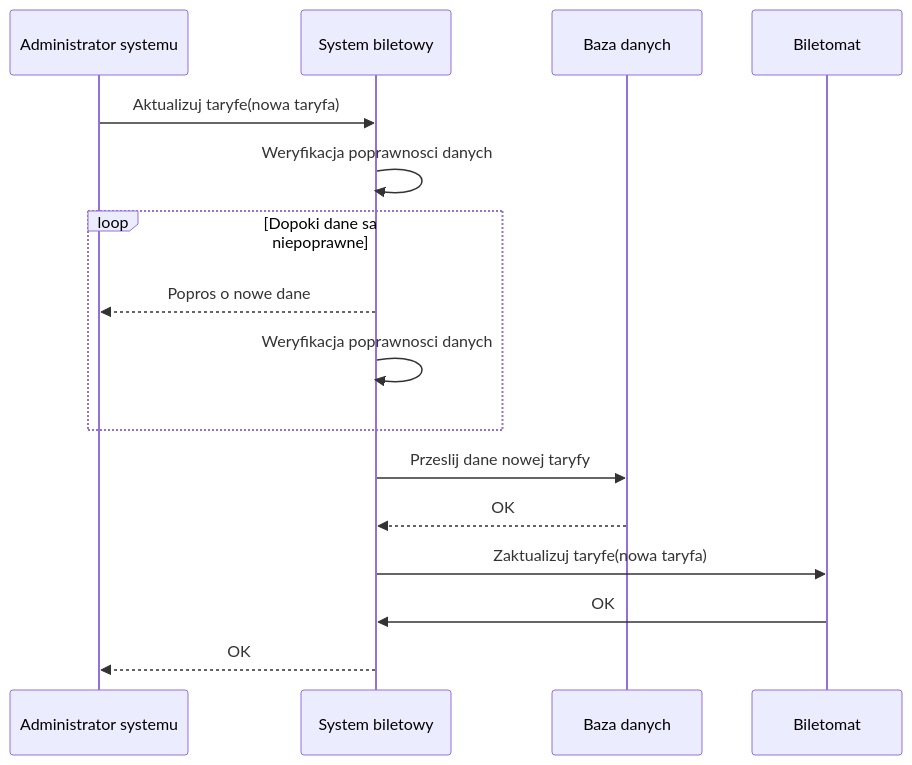
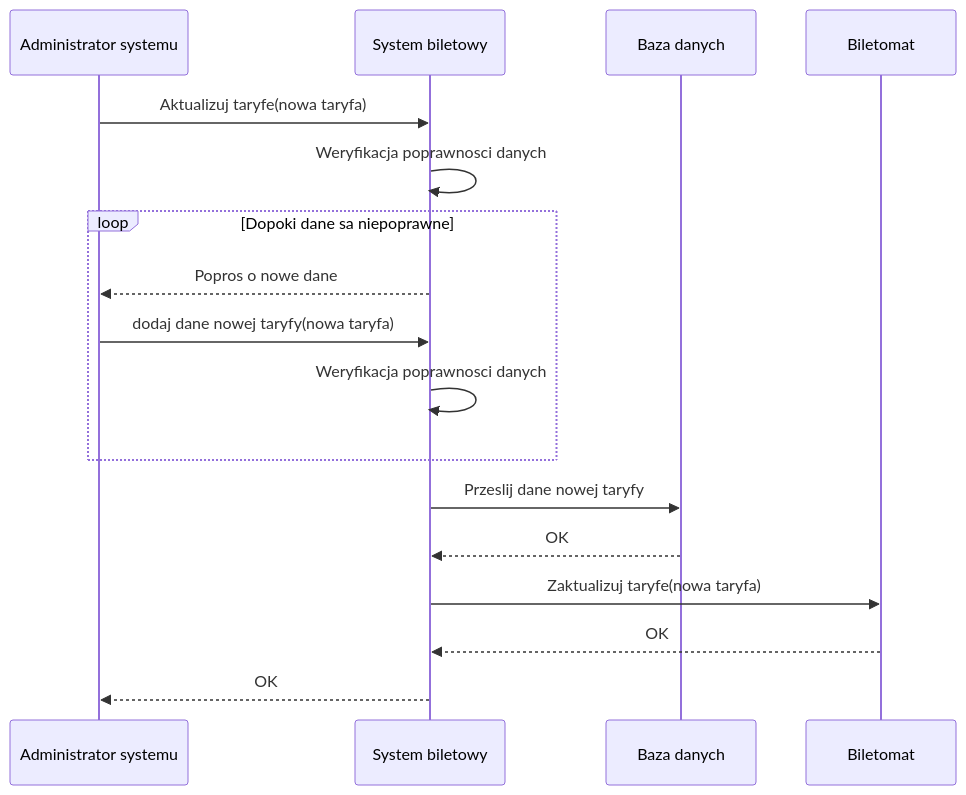
One commit to Igor-Ochocki/MWO changed the diagram in sequences/ticketsystem-4.md. Above: the diagram before and after it, drawn with Mermaid.

````diff
--- a/sequences/ticketsystem-4.md
+++ b/sequences/ticketsystem-4.md
@@ -1,19 +1,20 @@
 ```mermaid
 sequenceDiagram
      participant A as Administrator systemu
     participant S as System biletowy
     participant B as Baza danych
     participant Bil as Biletomat
 
     A ->> S: Aktualizuj taryfe(nowa taryfa)
     S ->> S: Weryfikacja poprawnosci danych
     loop Dopoki dane sa niepoprawne
         S -->> A: Popros o nowe dane
+        A ->> S: dodaj dane nowej taryfy(nowa taryfa)
         S ->> S: Weryfikacja poprawnosci danych
     end
     S ->> B: Przeslij dane nowej taryfy
     B -->> S: OK
     S ->> Bil: Zaktualizuj taryfe(nowa taryfa)
-    Bil ->> S: OK
+    Bil -->> S: OK
     S -->> A: OK
 ```
````
